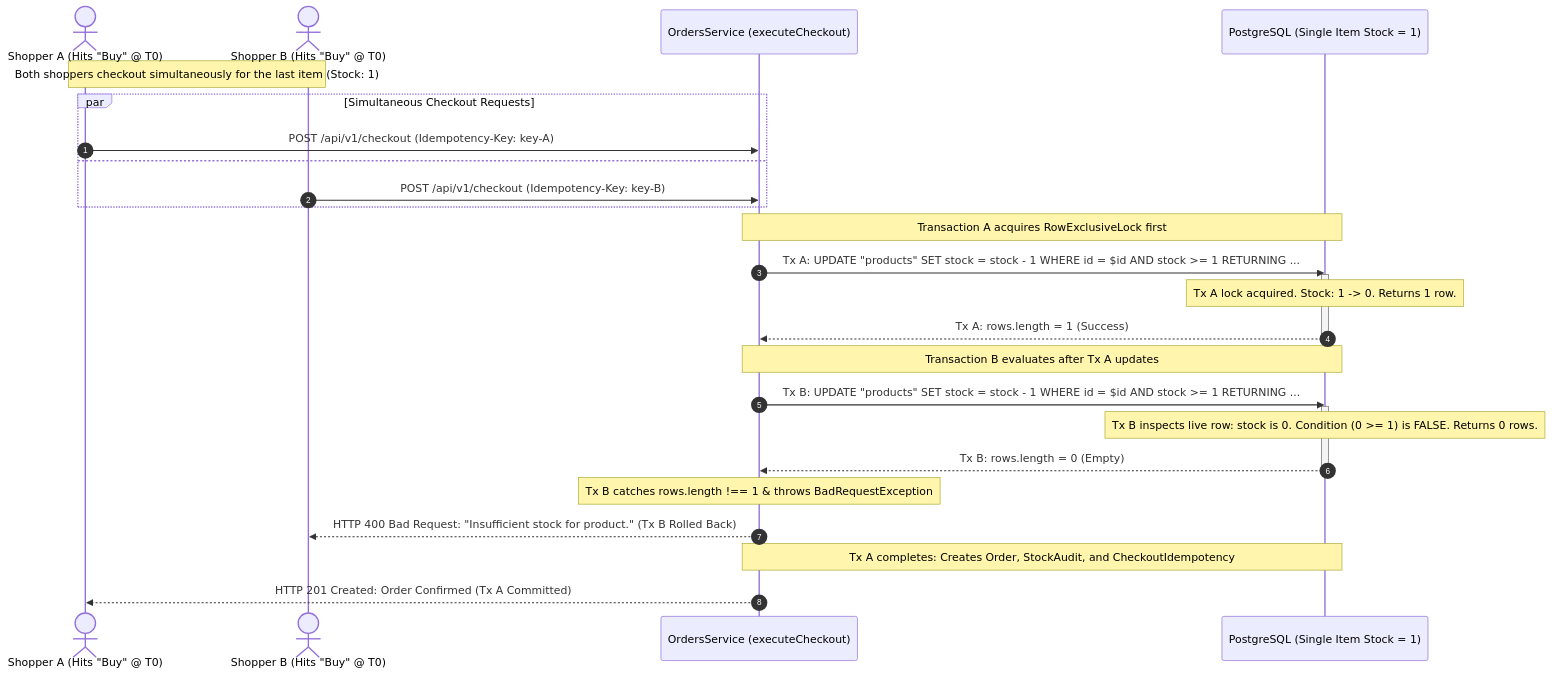
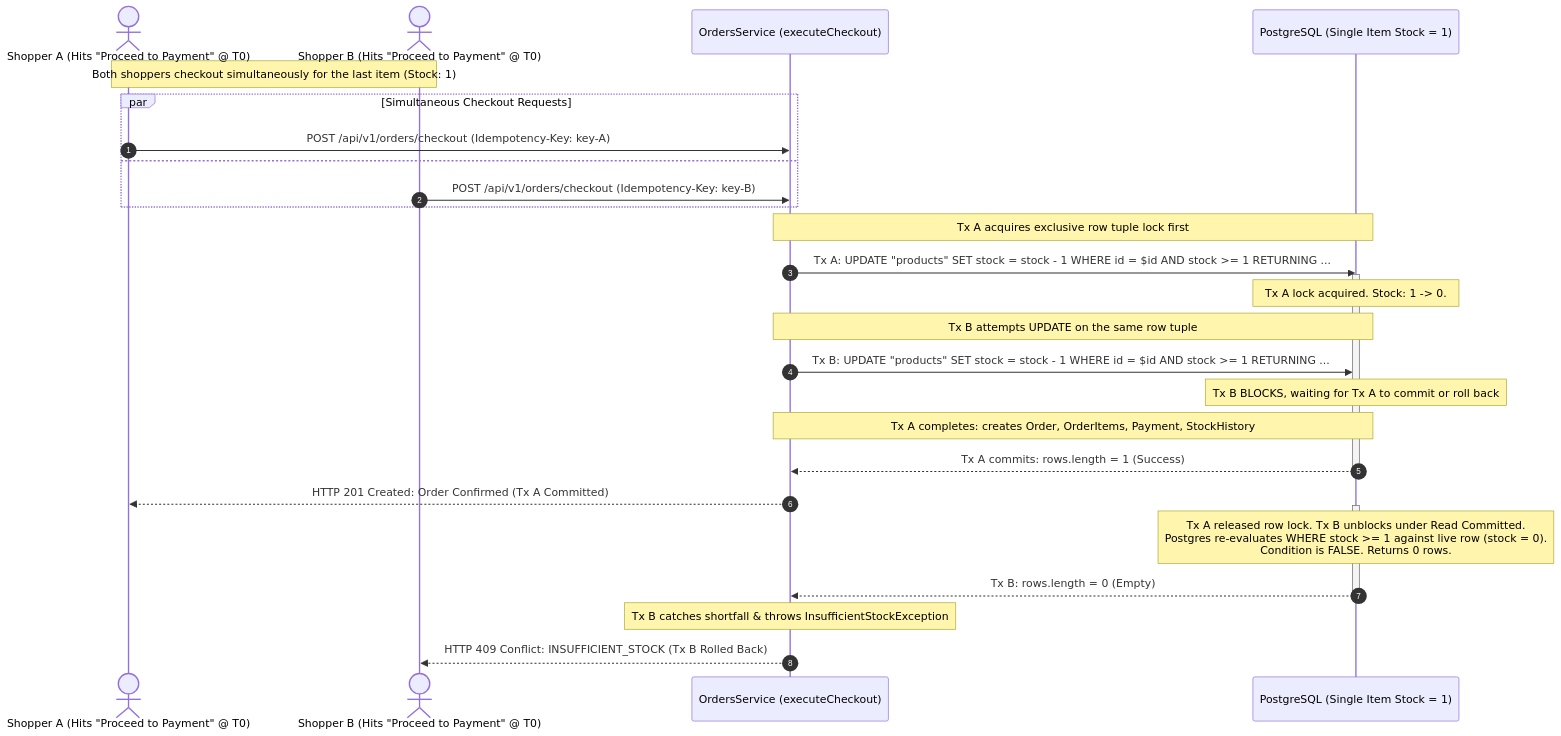
One commit to UGOCHUKWU1124/nuts-platform changed the fourth of 7 diagrams in README.md. Above: the diagram before and after it, drawn with Mermaid. The commit also changed other lines of this file and 20 other files, not shown here.

````diff
--- a/README.md
+++ b/README.md
@@ -718,34 +718,37 @@
 ```mermaid
 sequenceDiagram
     autonumber
-    actor UserA as Shopper A (Hits "Buy" @ T0)
-    actor UserB as Shopper B (Hits "Buy" @ T0)
+    actor UserA as Shopper A (Hits "Proceed to Payment" @ T0)
+    actor UserB as Shopper B (Hits "Proceed to Payment" @ T0)
     participant API as OrdersService (executeCheckout)
     participant DB as PostgreSQL (Single Item Stock = 1)
 
     Note over UserA,UserB: Both shoppers checkout simultaneously for the last item (Stock: 1)
     par Simultaneous Checkout Requests
-        UserA->>API: POST /api/v1/checkout (Idempotency-Key: key-A)
+        UserA->>API: POST /api/v1/orders/checkout (Idempotency-Key: key-A)
     and
-        UserB->>API: POST /api/v1/checkout (Idempotency-Key: key-B)
+        UserB->>API: POST /api/v1/orders/checkout (Idempotency-Key: key-B)
     end
 
-    Note over API,DB: Transaction A acquires RowExclusiveLock first
+    Note over API,DB: Tx A acquires exclusive row tuple lock first
     API->>DB: Tx A: UPDATE "products" SET stock = stock - 1 WHERE id = $id AND stock >= 1 RETURNING ...
     activate DB
-    Note over DB: Tx A lock acquired. Stock: 1 -> 0. Returns 1 row.
-    DB-->>API: Tx A: rows.length = 1 (Success)
+    Note over DB: Tx A lock acquired. Stock: 1 -> 0.
+
+    Note over API,DB: Tx B attempts UPDATE on the same row tuple
+    API->>DB: Tx B: UPDATE "products" SET stock = stock - 1 WHERE id = $id AND stock >= 1 RETURNING ...
+    Note over DB: Tx B BLOCKS, waiting for Tx A to commit or roll back
+
+    Note over API,DB: Tx A completes: creates Order, OrderItems, Payment, StockHistory
+    DB-->>API: Tx A commits: rows.length = 1 (Success)
     deactivate DB
+    API-->>UserA: HTTP 201 Created: Order Confirmed (Tx A Committed)
 
-    Note over API,DB: Transaction B evaluates after Tx A updates
-    API->>DB: Tx B: UPDATE "products" SET stock = stock - 1 WHERE id = $id AND stock >= 1 RETURNING ...
     activate DB
-    Note over DB: Tx B inspects live row: stock is 0. Condition (0 >= 1) is FALSE. Returns 0 rows.
+    Note over DB: Tx A released row lock. Tx B unblocks under Read Committed.<br/>Postgres re-evaluates WHERE stock >= 1 against live row (stock = 0).<br/>Condition is FALSE. Returns 0 rows.
     DB-->>API: Tx B: rows.length = 0 (Empty)
     deactivate DB
 
-    Note over API: Tx B catches rows.length !== 1 & throws BadRequestException
-    API-->>UserB: HTTP 400 Bad Request: "Insufficient stock for product." (Tx B Rolled Back)
-    Note over API,DB: Tx A completes: Creates Order, StockAudit, and CheckoutIdempotency
-    API-->>UserA: HTTP 201 Created: Order Confirmed (Tx A Committed)
+    Note over API: Tx B catches shortfall & throws InsufficientStockException
+    API-->>UserB: HTTP 409 Conflict: INSUFFICIENT_STOCK (Tx B Rolled Back)
 ```
````
